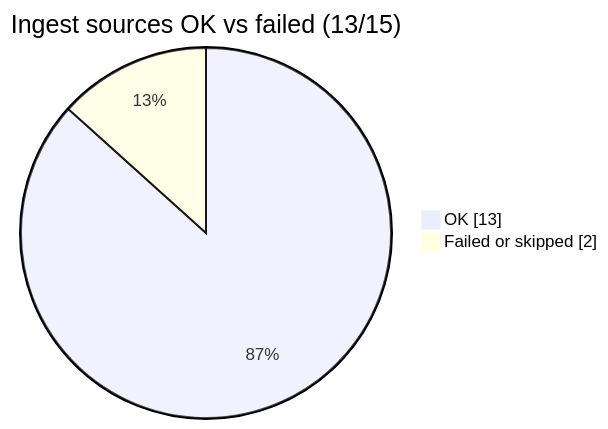
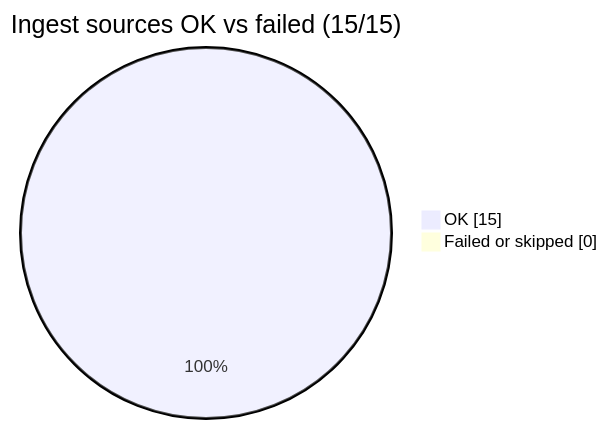
Before and after one commit to Midwest-Stratospheric/aerostratospheric-defense-gir: the third of 6 diagrams in docs/GRAPHS.md, drawn with Mermaid. The commit also changed other lines of this file and 24 other files, not shown here.

````diff
--- a/docs/GRAPHS.md
+++ b/docs/GRAPHS.md
@@ -37,6 +37,6 @@
 ```mermaid
 pie showData
-  title Ingest sources OK vs failed (13/15)
-  "OK" : 13
-  "Failed or skipped" : 2
+  title Ingest sources OK vs failed (15/15)
+  "OK" : 15
+  "Failed or skipped" : 0
 ```
````
